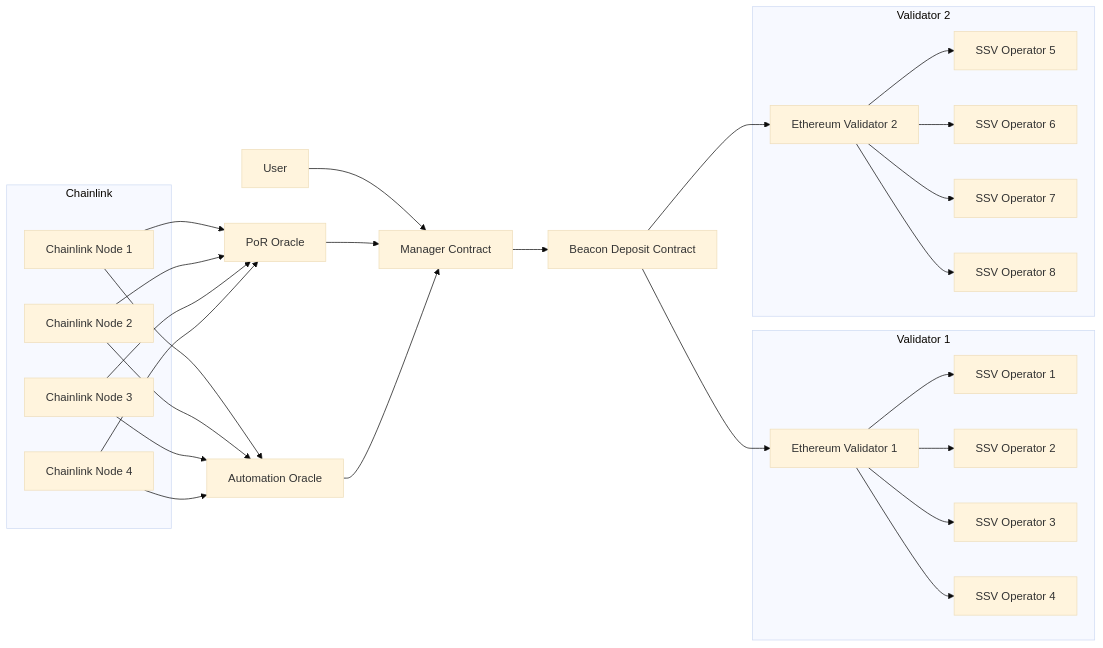
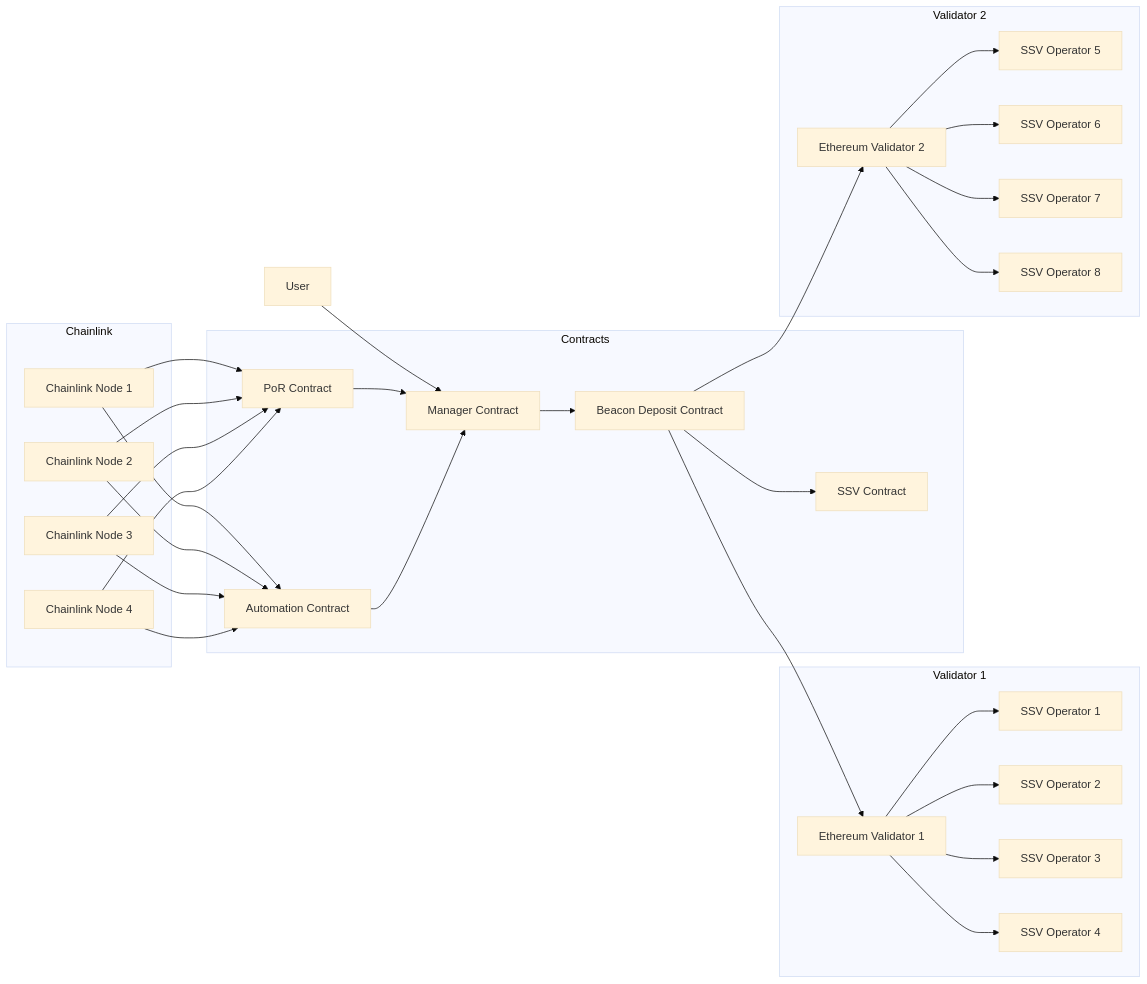
One commit to consensusnetworks/casimir changed the diagram in contracts/ethereum/README.md. Above: the diagram before and after it, drawn with Mermaid (base theme).

Commit message:
Add contracts to subgraph

````diff
--- a/contracts/ethereum/README.md
+++ b/contracts/ethereum/README.md
@@ -9,41 +9,52 @@
 ```mermaid
 graph LR
-    A[User] --> B[Manager Contract]
-    B --> C[Beacon Deposit Contract]
-    C --> D1[Ethereum Validator 1]
-    C --> D2[Ethereum Validator 2]
-    
+    subgraph Contracts
+        B[Manager Contract]
+        C[Beacon Deposit Contract]
+        D[SSV Contract]
+        G[PoR Contract]
+        H[Automation Contract]
+    end
+
+    A[User] --> B
+
+    B --> C
+    C --> D
+
+    C --> E1[Ethereum Validator 1]
+    C --> E2[Ethereum Validator 2]
+
     subgraph Validator 1
-        D1 --> E11[SSV Operator 1]
-        D1 --> E12[SSV Operator 2]
-        D1 --> E13[SSV Operator 3]
-        D1 --> E14[SSV Operator 4]
+        E1 --> F11[SSV Operator 1]
+        E1 --> F12[SSV Operator 2]
+        E1 --> F13[SSV Operator 3]
+        E1 --> F14[SSV Operator 4]
     end
     
     subgraph Validator 2
-        D2 --> E21[SSV Operator 5]
-        D2 --> E22[SSV Operator 6]
-        D2 --> E23[SSV Operator 7]
-        D2 --> E24[SSV Operator 8]
+        E2 --> F21[SSV Operator 5]
+        E2 --> F22[SSV Operator 6]
+        E2 --> F23[SSV Operator 7]
+        E2 --> F24[SSV Operator 8]
     end
-    
-    F[PoR Oracle] --> B
-    G[Automation Oracle] --> B
+
+    G --> B
+    H --> B
     
     subgraph Chainlink
-        H1[Chainlink Node 1]
-        H2[Chainlink Node 2]
-        H3[Chainlink Node 3]
-        H4[Chainlink Node 4]
+        I1[Chainlink Node 1]
+        I2[Chainlink Node 2]
+        I3[Chainlink Node 3]
+        I4[Chainlink Node 4]
     end
+
+    I1[Chainlink Node 1] --> G
+    I2[Chainlink Node 2] --> G
+    I3[Chainlink Node 3] --> G
+    I4[Chainlink Node 4] --> G
     
-    H1[Chainlink Node 1] --> F
-    H2[Chainlink Node 2] --> F
-    H3[Chainlink Node 3] --> F
-    H4[Chainlink Node 4] --> F
-    
-    H1 --> G
-    H2 --> G
-    H3 --> G
-    H4 --> G
+    I1 --> H
+    I2 --> H
+    I3 --> H
+    I4 --> H
 ```
````
